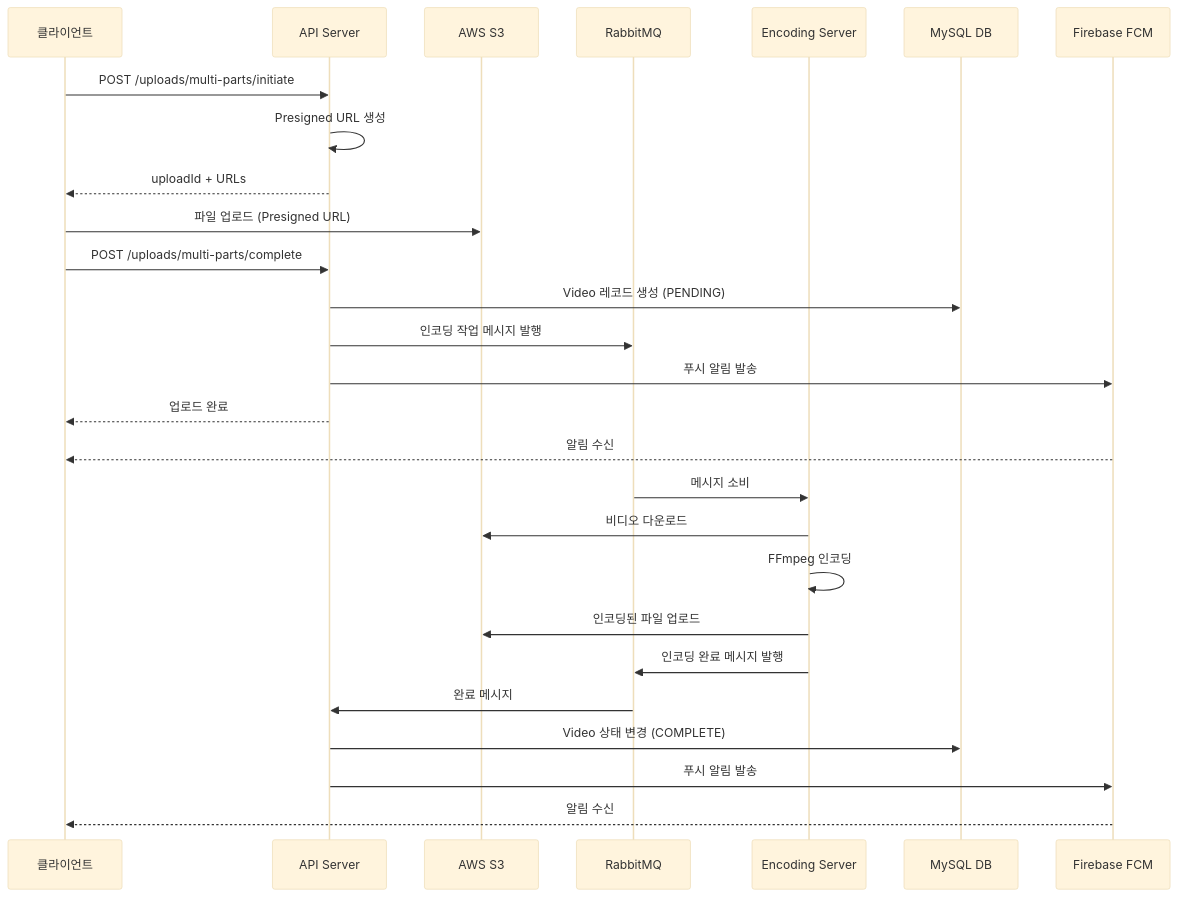
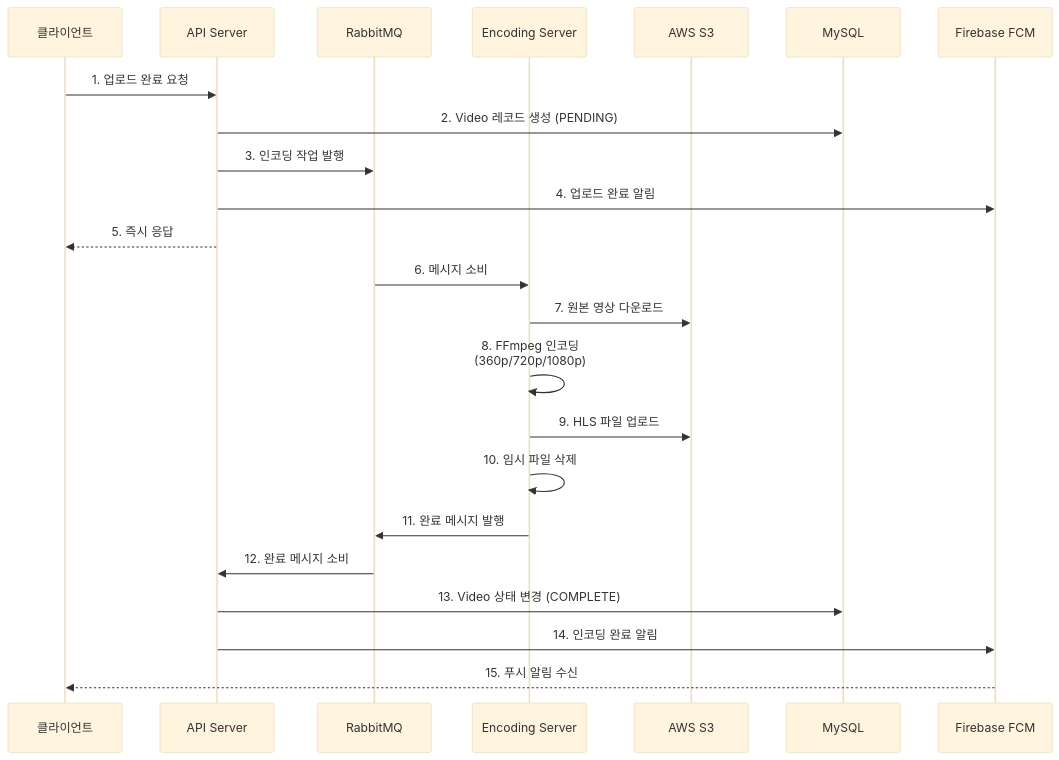
Before and after one commit to Today-My-Diary/backend: the third of 4 diagrams in README.md, drawn with Mermaid (base theme). The commit also changed other lines of this file and 1 other file, not shown here.

````diff
--- a/README.md
+++ b/README.md
@@ -235,33 +228,28 @@
 ```mermaid
 sequenceDiagram
     participant Client as 클라이언트
-    participant APIServer as API Server
+    participant API as API Server
+    participant MQ as RabbitMQ
+    participant Encoder as Encoding Server
     participant S3 as AWS S3
-    participant RabbitMQ as RabbitMQ
-    participant EncodingServer as Encoding Server
-    participant DB as MySQL DB
-    participant Firebase as Firebase FCM
+    participant DB as MySQL
+    participant FCM as Firebase FCM
     
-    Client->>APIServer: POST /uploads/multi-parts/initiate
-    APIServer->>APIServer: Presigned URL 생성
-    APIServer-->>Client: uploadId + URLs
+    Client->>API: 1. 업로드 완료 요청
+    API->>DB: 2. Video 레코드 생성 (PENDING)
+    API->>MQ: 3. 인코딩 작업 발행
+    API->>FCM: 4. 업로드 완료 알림
+    API-->>Client: 5. 즉시 응답
     
-    Client->>S3: 파일 업로드 (Presigned URL)
-    Client->>APIServer: POST /uploads/multi-parts/complete
-    APIServer->>DB: Video 레코드 생성 (PENDING)
-    APIServer->>RabbitMQ: 인코딩 작업 메시지 발행
-    APIServer->>Firebase: 푸시 알림 발송
-    APIServer-->>Client: 업로드 완료
-    Firebase-->>Client: 알림 수신
+    MQ->>Encoder: 6. 메시지 소비
+    Encoder->>S3: 7. 원본 영상 다운로드
+    Encoder->>Encoder: 8. FFmpeg 인코딩<br/>(360p/720p/1080p)
+    Encoder->>S3: 9. HLS 파일 업로드
+    Encoder->>Encoder: 10. 임시 파일 삭제
+    Encoder->>MQ: 11. 완료 메시지 발행
     
-    RabbitMQ->>EncodingServer: 메시지 소비
-    EncodingServer->>S3: 비디오 다운로드
-    EncodingServer->>EncodingServer: FFmpeg 인코딩
-    EncodingServer->>S3: 인코딩된 파일 업로드
-    EncodingServer->>RabbitMQ: 인코딩 완료 메시지 발행
-    
-    RabbitMQ->>APIServer: 완료 메시지
-    APIServer->>DB: Video 상태 변경 (COMPLETE)
-    APIServer->>Firebase: 푸시 알림 발송
-    Firebase-->>Client: 알림 수신
+    MQ->>API: 12. 완료 메시지 소비
+    API->>DB: 13. Video 상태 변경 (COMPLETE)
+    API->>FCM: 14. 인코딩 완료 알림
+    FCM-->>Client: 15. 푸시 알림 수신
 ```
````
